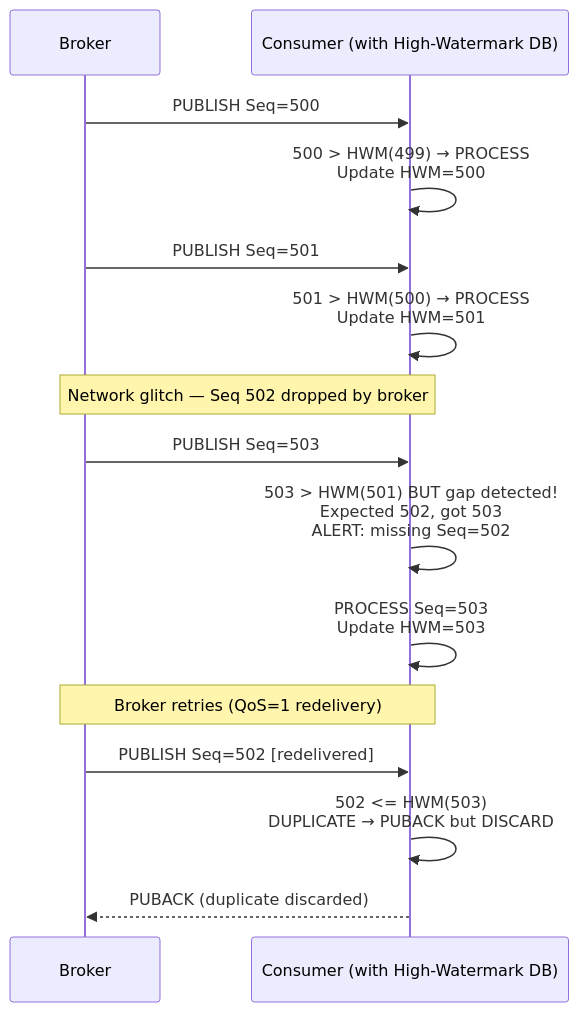
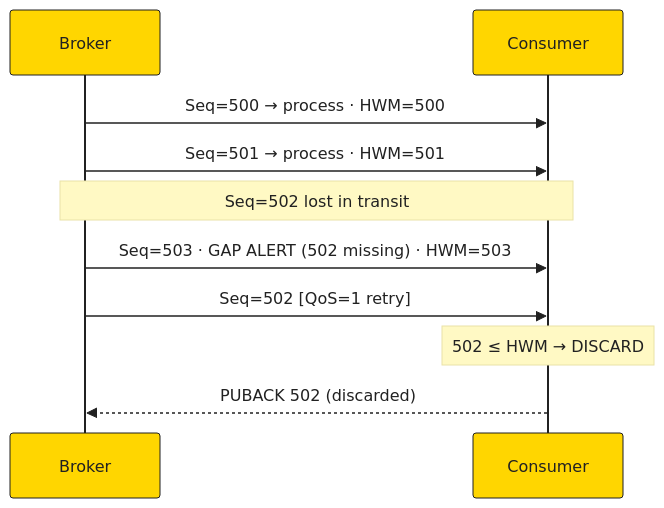
Before and after one commit to bsommers/mqtt-6.0-proposal: the seventh of 8 diagrams in docs/diagrams/packet-flows.md, drawn with Mermaid. The commit also changed other lines of this file and 2 other files, not shown here.

First line of the commit message:
Redesign diagrams with HiveMQ black/yellow, C4, compact layout

````diff
--- a/docs/diagrams/packet-flows.md
+++ b/docs/diagrams/packet-flows.md
@@ -169,22 +136,14 @@
 ```mermaid
+%%{init:{'theme':'base','themeVariables':{'primaryColor':'#FFD600','primaryTextColor':'#212121','primaryBorderColor':'#212121','lineColor':'#212121','actorBkg':'#FFD600','actorBorder':'#212121','actorTextColor':'#212121','noteBkgColor':'#FFF9C4','noteTextColor':'#212121','activationBkgColor':'#FFF9C4','signalColor':'#212121','signalTextColor':'#212121'}}}%%
 sequenceDiagram
     participant B as Broker
-    participant C as Consumer (with High-Watermark DB)
+    participant C as Consumer
 
-    B->>C: PUBLISH Seq=500
-    C->>C: 500 > HWM(499) → PROCESS<br/>Update HWM=500
-
-    B->>C: PUBLISH Seq=501
-    C->>C: 501 > HWM(500) → PROCESS<br/>Update HWM=501
-
-    Note over B,C: Network glitch — Seq 502 dropped by broker
-
-    B->>C: PUBLISH Seq=503
-    C->>C: 503 > HWM(501) BUT gap detected!<br/>Expected 502, got 503<br/>ALERT: missing Seq=502
-    C->>C: PROCESS Seq=503<br/>Update HWM=503
-
-    Note over B,C: Broker retries (QoS=1 redelivery)
-    B->>C: PUBLISH Seq=502 [redelivered]
-    C->>C: 502 <= HWM(503)<br/>DUPLICATE → PUBACK but DISCARD
-    C-->>B: PUBACK (duplicate discarded)
+    B->>C: Seq=500 → process · HWM=500
+    B->>C: Seq=501 → process · HWM=501
+    Note over B,C: Seq=502 lost in transit
+    B->>C: Seq=503 · GAP ALERT (502 missing) · HWM=503
+    B->>C: Seq=502 [QoS=1 retry]
+    Note over C: 502 ≤ HWM → DISCARD
+    C-->>B: PUBACK 502 (discarded)
 ```
````
